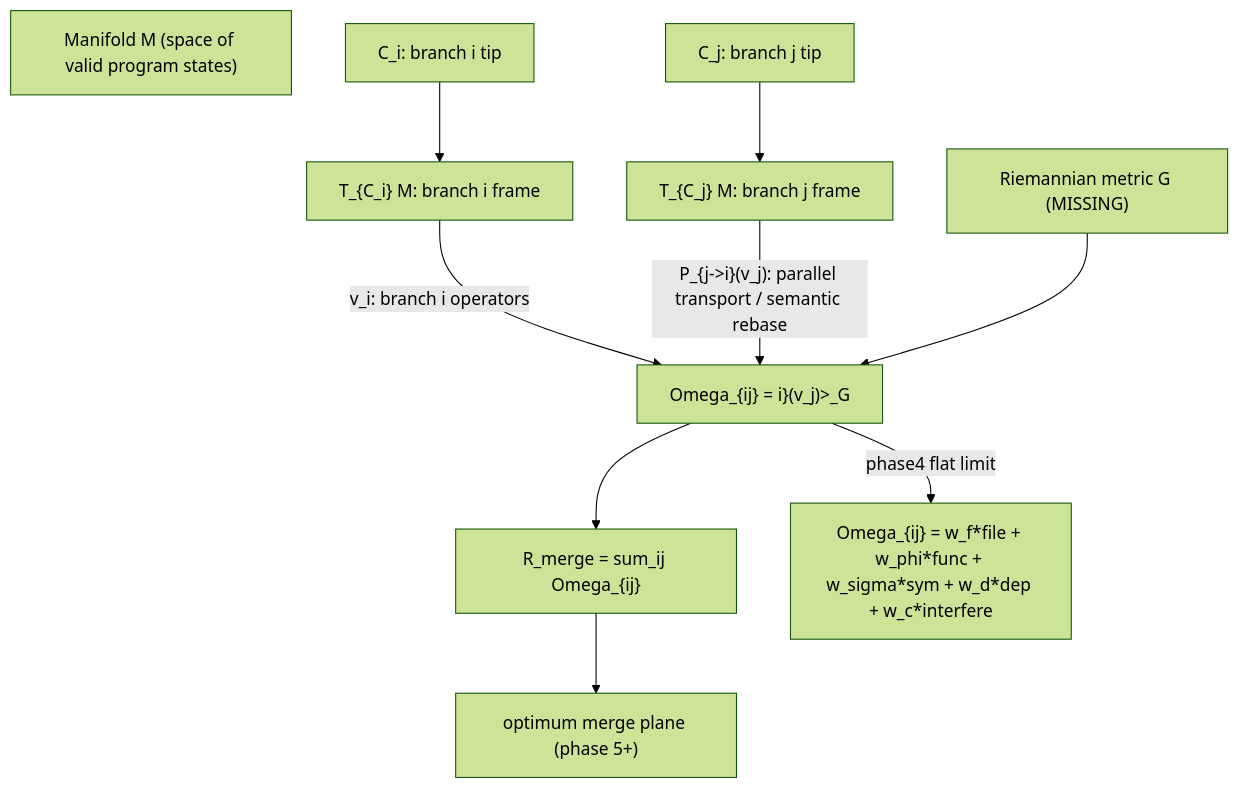
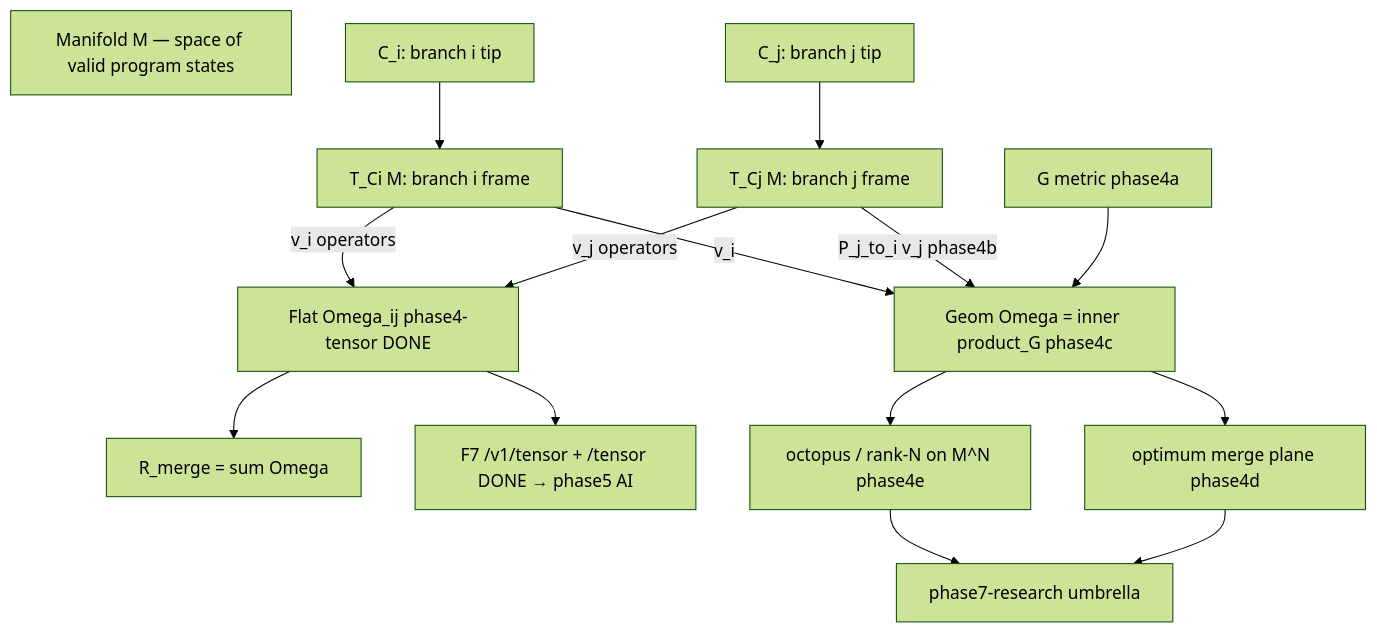
Before and after one commit to Sarthak2233/GDSS: the diagram in docs/MANIFOLD_TENSOR_GUIDE.md, drawn with Mermaid (forest theme). The commit also changed other lines of this file and 142 other files, not shown here.

Commit message:
feat: Before the phase 5 implementation/ Drift and omega conflict integration / UI added

````diff
--- a/docs/MANIFOLD_TENSOR_GUIDE.md
+++ b/docs/MANIFOLD_TENSOR_GUIDE.md
@@ -263,13 +341,19 @@
 ```mermaid
 flowchart TD
-  M["Manifold M (space of valid program states)"]
-  C1["C_i: branch i tip"] --> T1["T_{C_i} M: branch i frame"]
-  C2["C_j: branch j tip"] --> T2["T_{C_j} M: branch j frame"]
-  T1 -->|v_i: branch i operators| Omega
-  T2 -->|"P_{j->i}(v_j): parallel transport / semantic rebase"| Omega
-  Metric["Riemannian metric G (MISSING)"] --> Omega
-  Omega["Omega_{ij} = <v_i, P_{j->i}(v_j)>_G"]
-  Omega --> Rmerge["R_merge = sum_ij Omega_{ij}"]
-  Rmerge --> Geodesic["optimum merge plane (phase 5+)"]
-  Omega -->|"phase4 flat limit"| FlatOmega["Omega_{ij} = w_f*file + w_phi*func + w_sigma*sym + w_d*dep + w_c*interfere"]
+  M["Manifold M — space of valid program states"]
+  C1["C_i: branch i tip"] --> T1["T_Ci M: branch i frame"]
+  C2["C_j: branch j tip"] --> T2["T_Cj M: branch j frame"]
+  T1 -->|v_i operators| FlatOmega
+  T2 -->|v_j operators| FlatOmega
+  FlatOmega["Flat Omega_ij phase4-tensor DONE"]
+  FlatOmega --> Rmerge["R_merge = sum Omega"]
+  FlatOmega --> Product["F7 /v1/tensor + /tensor DONE → phase5 AI"]
+  T1 -->|v_i| GeomOmega
+  T2 -->|"P_j_to_i v_j phase4b"| GeomOmega
+  Metric["G metric phase4a"] --> GeomOmega
+  GeomOmega["Geom Omega = inner product_G phase4c"]
+  GeomOmega --> Geodesic["optimum merge plane phase4d"]
+  GeomOmega --> RankN["octopus / rank-N on M^N phase4e"]
+  RankN --> Phase7["phase7-research umbrella"]
+  Geodesic --> Phase7
 ```
````
